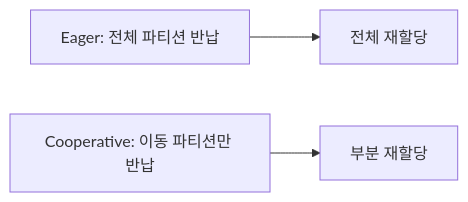
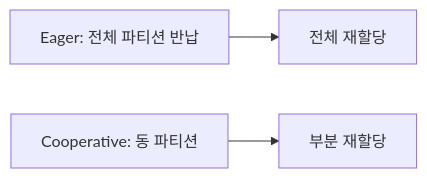
Before and after one commit to yjkim2015/yjkim2015.github.io: the tenth of 11 diagrams in _posts/kafka/2026-05-01-kafka-internals.md, drawn with Mermaid. The commit also changed other lines of this file and 245 other files, not shown here.

First line of the commit message:
Mermaid 다이어그램 전면 수정 + 면접 포인트 접기/펼치기 + DB 데드락 페이지

````diff
--- a/_posts/kafka/2026-05-01-kafka-internals.md
+++ b/_posts/kafka/2026-05-01-kafka-internals.md
@@ -935,5 +935,5 @@
 ```mermaid
 graph LR
     EAGER["Eager: 전체 파티션 반납"] --> REASSIGN["전체 재할당"]
-    COOP["Cooperative: 이동 파티션만 반납"] --> PARTIAL["부분 재할당"]
+    COOP["Cooperative: 동 파티션"] --> PARTIAL["부분 재할당"]
 ```
````
